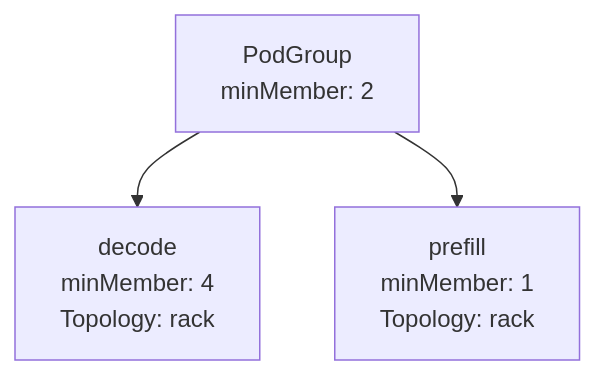
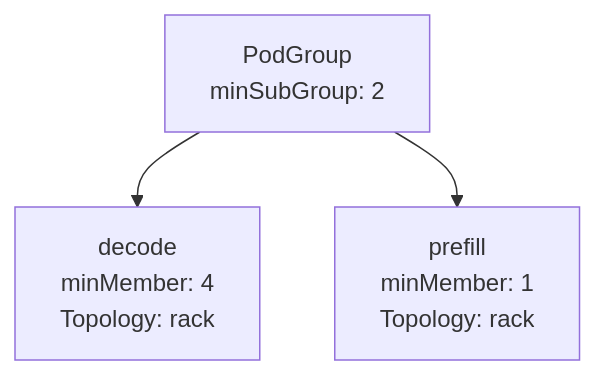
Before and after one commit to kai-scheduler/KAI-Scheduler: the first of 4 diagrams in docs/developer/designs/hierarchical-podgroup/README.md, drawn with Mermaid. The commit also changed other lines of this file and 6 other files, not shown here.

Commit message:
Update kai docs for minSubGroups

````diff
--- a/docs/developer/designs/hierarchical-podgroup/README.md
+++ b/docs/developer/designs/hierarchical-podgroup/README.md
@@ -160,10 +154,10 @@
 ```mermaid
 graph TD
-    PG[PodGroup<br>minMember: 2]
+    PG[PodGroup<br>minSubGroup: 2]
 
     Decode[decode<br>minMember: 4<br>Topology: rack]
     Prefill[prefill<br>minMember: 1<br>Topology: rack]
 
     PG --> Decode
     PG --> Prefill
 ```
````
